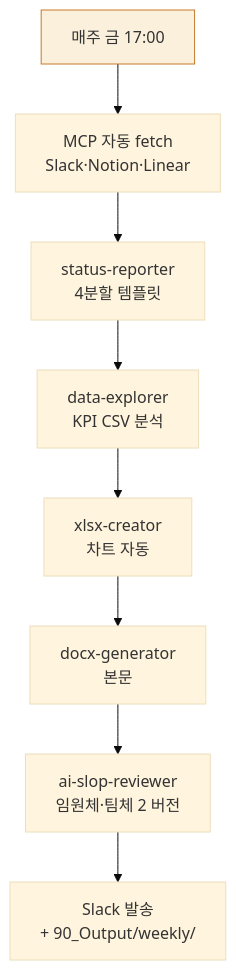
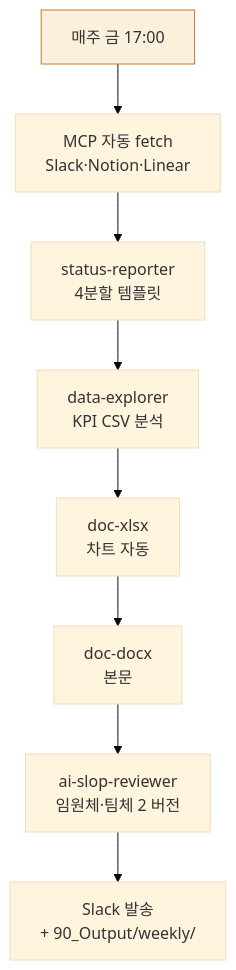
Before and after one commit to modu-ai/cowork-plugins: the fifth of 5 diagrams in www/content/cookbook/report-automation.md, drawn with Mermaid (base theme). The commit also changed other lines of this file and 45 other files, not shown here.

First line of the commit message:
docs(www): 스킬명 정합 + 깨진 링크 수정 + mermaid 보강

````diff
--- a/www/content/cookbook/report-automation.md
+++ b/www/content/cookbook/report-automation.md
@@ -172,11 +171,11 @@
 ```mermaid
 flowchart TD
    Cron["매주 금 17:00"] --> Fetch["MCP 자동 fetch<br/>Slack·Notion·Linear"]
    Fetch --> SR["status-reporter<br/>4분할 템플릿"]
    SR --> DE["data-explorer<br/>KPI CSV 분석"]
-   DE --> XL["xlsx-creator<br/>차트 자동"]
-   XL --> DG["docx-generator<br/>본문"]
+   DE --> XL["doc-xlsx<br/>차트 자동"]
+   XL --> DG["doc-docx<br/>본문"]
    DG --> AI["ai-slop-reviewer<br/>임원체·팀체 2 버전"]
    AI --> Send["Slack 발송<br/>+ 90_Output/weekly/"]
    style Cron fill:#fbf0dc,stroke:#c47b2a
 ```
````
